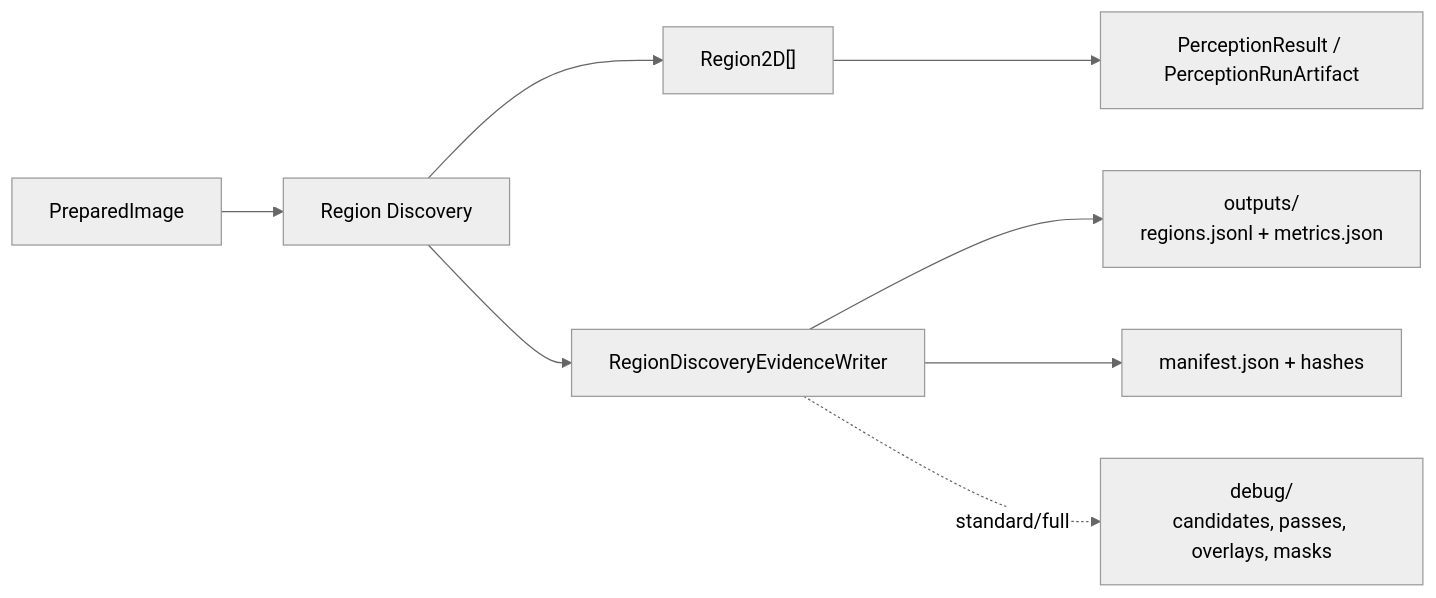
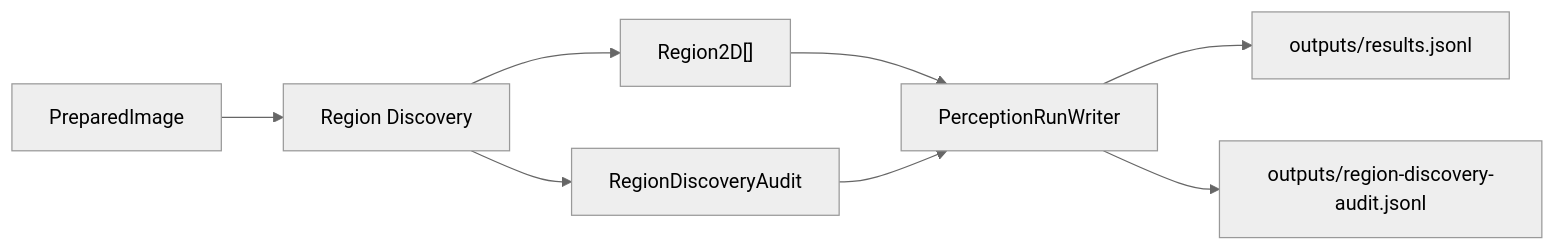
The fourth of 9 diagrams in docs/ARTIFACTS.md (Alexandre-Tortoza/contextmap2), drawn with Mermaid (neutral theme) before and after one commit. The commit also changed other lines of this file and 26 other files, not shown here.

````diff
--- a/docs/ARTIFACTS.md
+++ b/docs/ARTIFACTS.md
@@ -413,10 +414,10 @@
 ```mermaid
 flowchart LR
     PI["PreparedImage"] --> RD["Region Discovery"]
     RD --> REG["Region2D[]"]
-    REG --> PRA["PerceptionResult / PerceptionRunArtifact"]
-    RD --> W["RegionDiscoveryEvidenceWriter"]
-    W --> O["outputs/<br/>regions.jsonl + metrics.json"]
-    W --> M["manifest.json + hashes"]
-    W -. standard/full .-> D["debug/<br/>candidates, passes, overlays, masks"]
+    RD --> AUD["RegionDiscoveryAudit"]
+    REG --> PW["PerceptionRunWriter"]
+    AUD --> PW
+    PW --> R["outputs/results.jsonl"]
+    PW --> A["outputs/region-discovery-audit.jsonl"]
 ```
````
